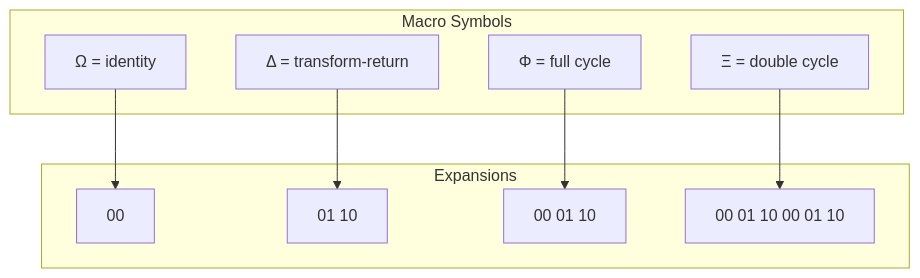
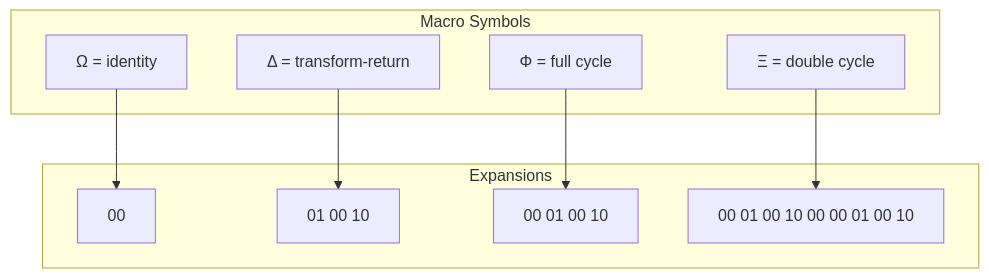
The third of 13 diagrams in docs/codex/thread-00-collapse-language/node-08-collapse-symbol-expansion.md (loning/the-binarymath), drawn with Mermaid before and after one commit. The commit also changed other lines of this file and 17 other files, not shown here.

````diff
--- a/docs/codex/thread-00-collapse-language/node-08-collapse-symbol-expansion.md
+++ b/docs/codex/thread-00-collapse-language/node-08-collapse-symbol-expansion.md
@@ -62,21 +62,21 @@
 ```mermaid
 graph TD
     subgraph "Macro Symbols"
         M1["Ω = identity"]
         M2["Δ = transform-return"]
         M3["Φ = full cycle"]
         M4["Ξ = double cycle"]
     end
     
     subgraph "Expansions"
         E1["00"]
-        E2["01 10"]
-        E3["00 01 10"]
-        E4["00 01 10 00 01 10"]
+        E2["01 00 10"]
+        E3["00 01 00 10"]
+        E4["00 01 00 10 00 00 01 00 10"]
     end
     
     M1 --> E1
     M2 --> E2
     M3 --> E3
     M4 --> E4
 ```
````
